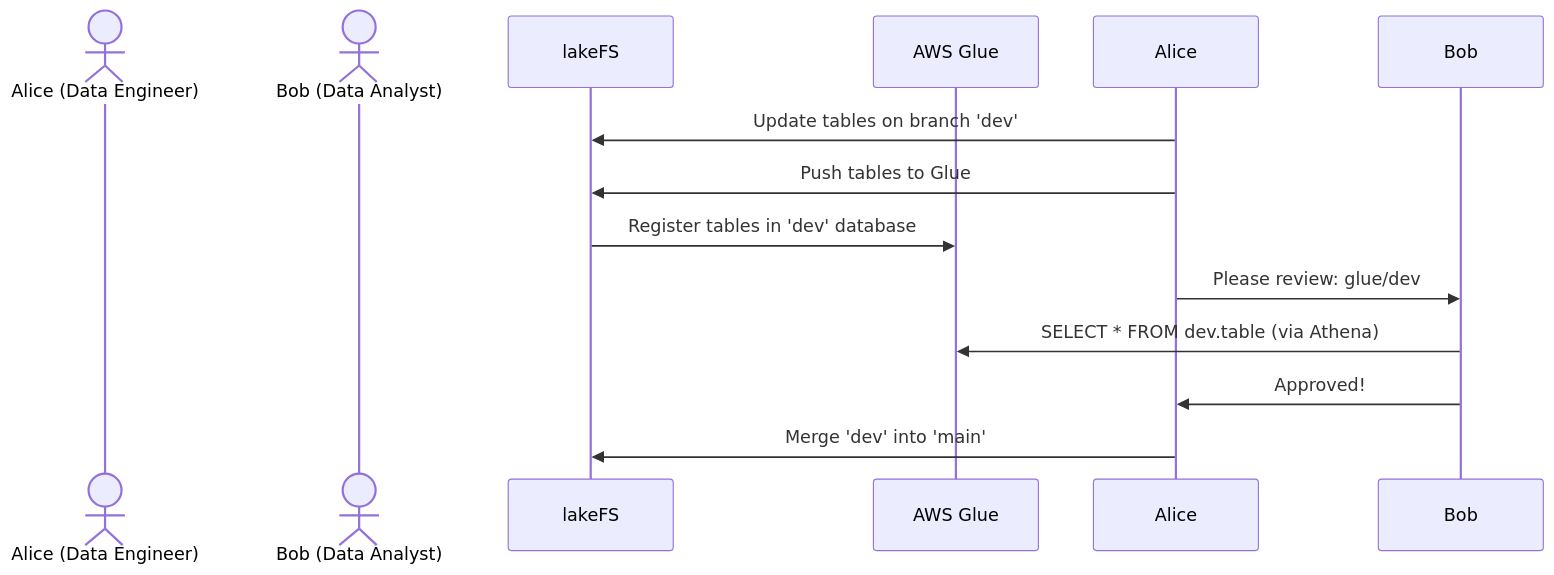
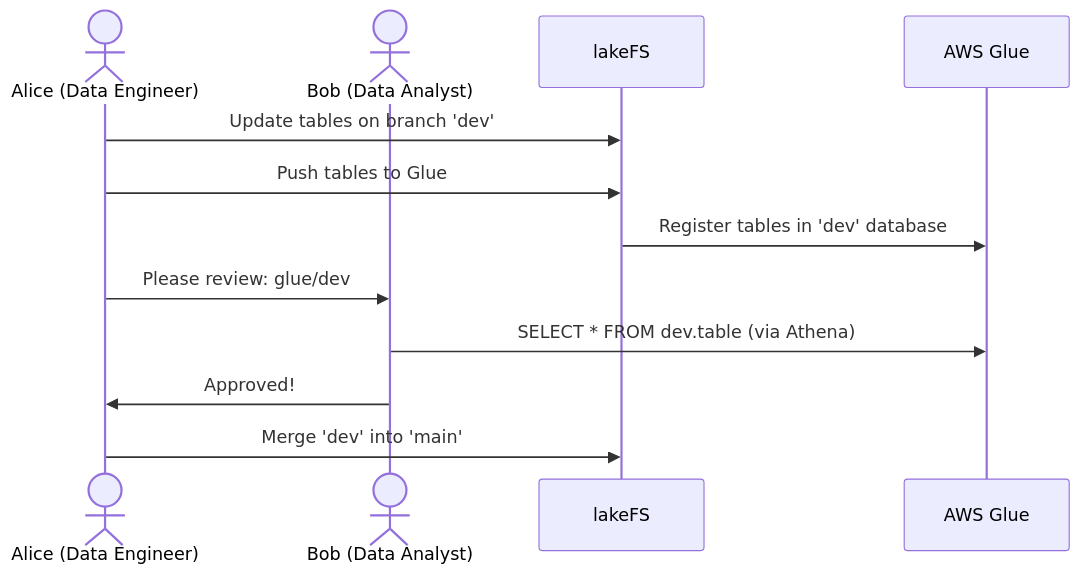
One commit to treeverse/lakeFS changed the third of 4 diagrams in docs/src/integrations/iceberg.md. Above: the diagram before and after it, drawn with Mermaid. The commit also changed other lines of this file, not shown here.

````diff
--- a/docs/src/integrations/iceberg.md
+++ b/docs/src/integrations/iceberg.md
@@ -422,14 +422,14 @@
 ```mermaid
 sequenceDiagram
     actor Alice (Data Engineer)
     actor Bob (Data Analyst)
     participant lakeFS
     participant AWS Glue
-    Alice->>lakeFS: Update tables on branch 'dev'
-    Alice->>lakeFS: Push tables to Glue
+    Alice (Data Engineer)->>lakeFS: Update tables on branch 'dev'
+    Alice (Data Engineer)->>lakeFS: Push tables to Glue
     lakeFS->>AWS Glue: Register tables in 'dev' database
-    Alice->>Bob: Please review: glue/dev
-    Bob->>AWS Glue: SELECT * FROM dev.table (via Athena)
-    Bob->>Alice: Approved!
-    Alice->>lakeFS: Merge 'dev' into 'main'
+    Alice (Data Engineer)->>Bob (Data Analyst): Please review: glue/dev
+    Bob (Data Analyst)->>AWS Glue: SELECT * FROM dev.table (via Athena)
+    Bob (Data Analyst)->>Alice (Data Engineer): Approved!
+    Alice (Data Engineer)->>lakeFS: Merge 'dev' into 'main'
 ```
````
